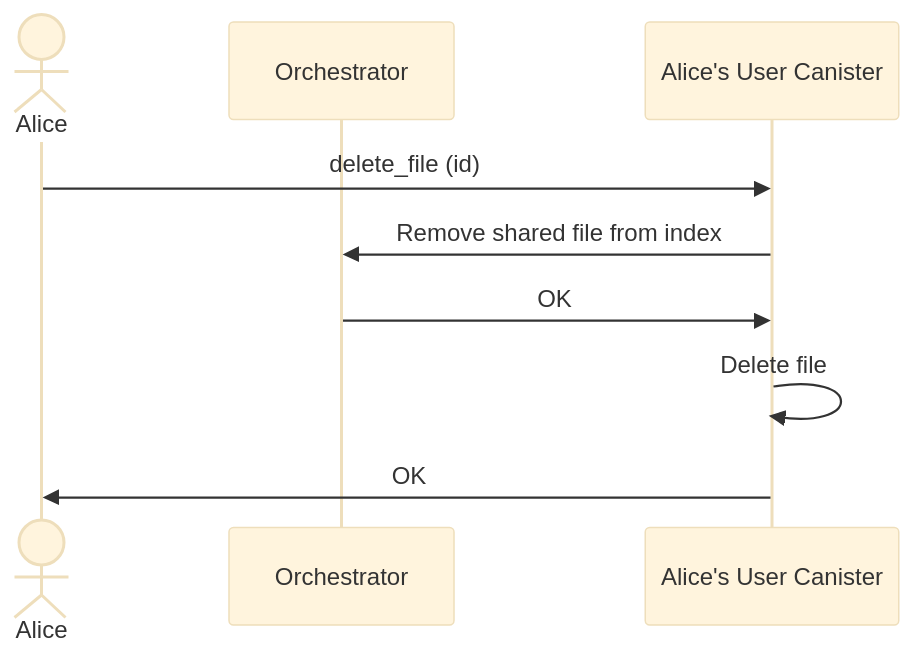
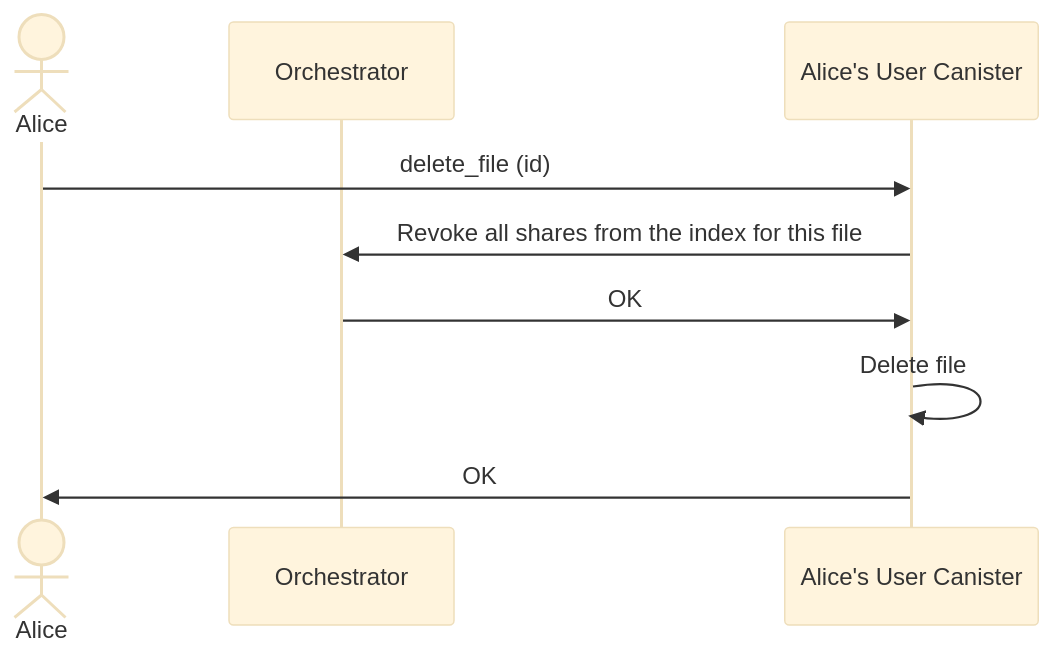
The eighth of 8 diagrams in docs/flows.md (icp-hub-it/ic-docutrack), drawn with Mermaid (base theme) before and after one commit.

````diff
--- a/docs/flows.md
+++ b/docs/flows.md
@@ -120,11 +120,11 @@
 ```mermaid
 sequenceDiagram
     actor A as Alice
     participant O as Orchestrator
     participant UC as Alice's User Canister
     A->>UC: delete_file (id)
-    UC->>O: Remove shared file from index
+    UC->>O: Revoke all shares from the index for this file
     O->>UC: OK
     UC->>UC: Delete file
     UC->>A: OK
 ```
````
